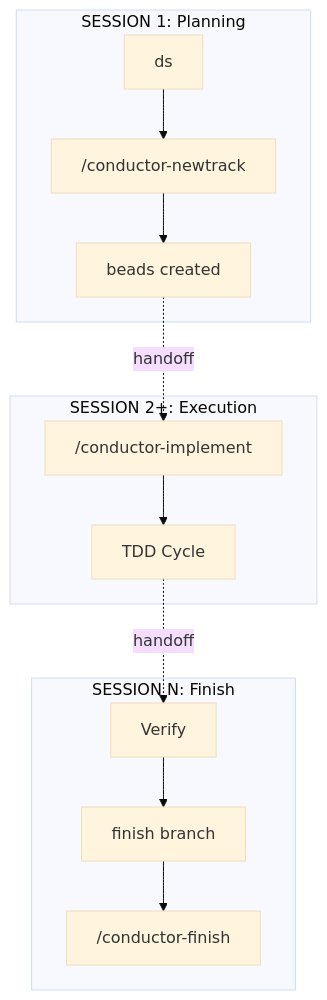
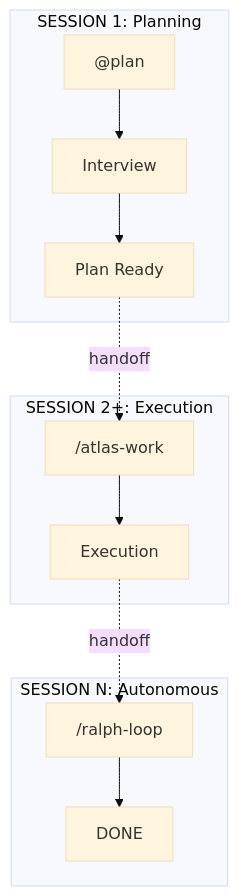
One commit to ReinaMacCredy/maestro changed the eighth of 8 diagrams in docs/ARCHITECTURE.md. Above: the diagram before and after it, drawn with Mermaid (base theme). The commit also changed other lines of this file and 5 other files, not shown here.

````diff
--- a/docs/ARCHITECTURE.md
+++ b/docs/ARCHITECTURE.md
@@ -187,21 +187,22 @@
 ```mermaid
 flowchart TB
     subgraph S1["SESSION 1: Planning"]
-        S1_DS["ds"] --> S1_NEWTRACK["/conductor-newtrack"]
-        S1_NEWTRACK --> S1_FB["beads created"]
+        S1_PLAN["@plan"] --> S1_INTERVIEW["Interview"]
+        S1_INTERVIEW --> S1_READY["Plan Ready"]
     end
 
     subgraph S2["SESSION 2+: Execution"]
-        S2_IMPLEMENT["/conductor-implement"]
-        S2_TDD["TDD Cycle"]
-        S2_IMPLEMENT --> S2_TDD
+        S2_WORK["/atlas-work"]
+        S2_EXECUTE["Execution"]
+        S2_WORK --> S2_EXECUTE
     end
 
-    subgraph S3["SESSION N: Finish"]
-        S3_VERIFY["Verify"] --> S3_BRANCH["finish branch"]
-        S3_BRANCH --> S3_FINISH["/conductor-finish"]
+    subgraph S3["SESSION N: Autonomous"]
+        S3_RALPH["/ralph-loop"]
+        S3_DONE["<promise>DONE</promise>"]
+        S3_RALPH --> S3_DONE
     end
 
-    S1_FB -.->|"handoff"| S2_IMPLEMENT
-    S2_TDD -.->|"handoff"| S3_VERIFY
+    S1_READY -.->|"handoff"| S2_WORK
+    S2_EXECUTE -.->|"handoff"| S3_RALPH
 ```
````
